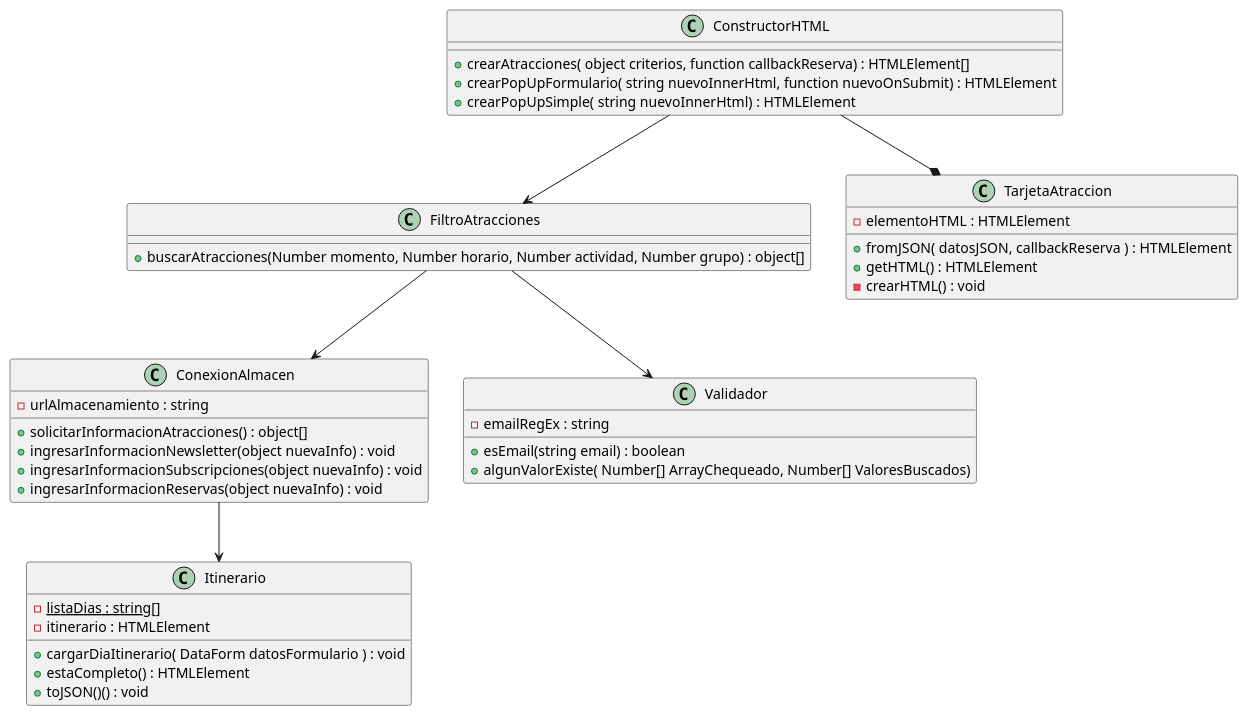
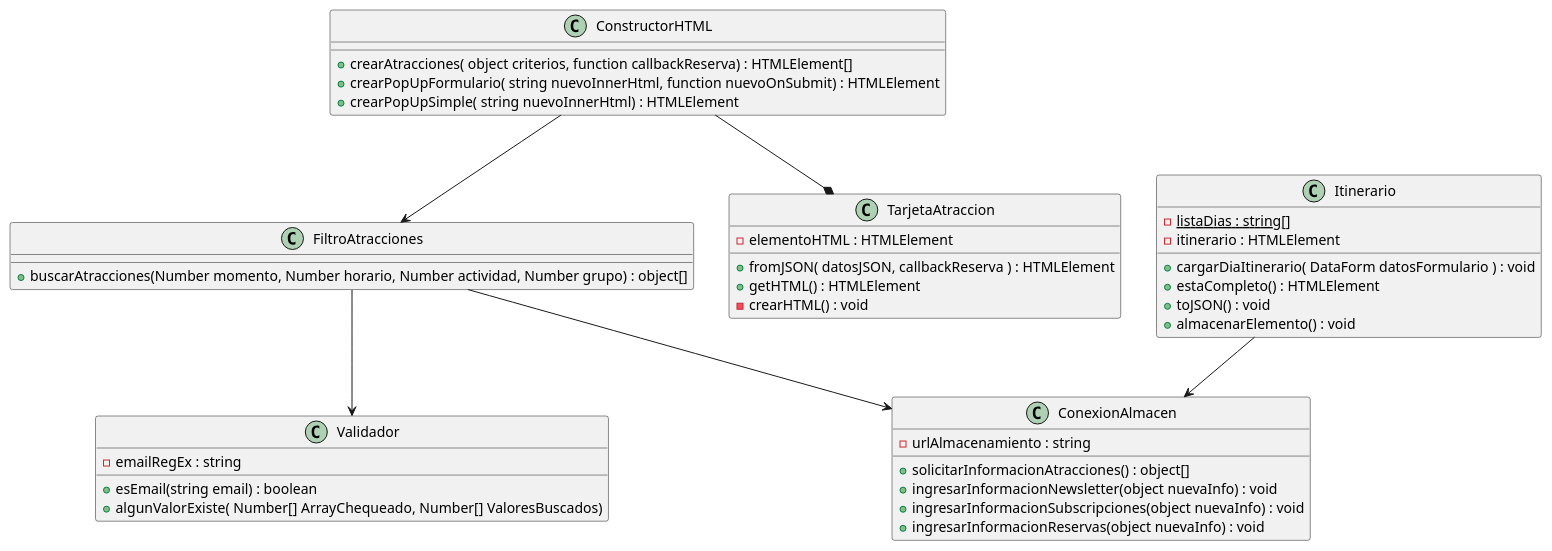
Before and after one commit to Thallys8/turismo-buenos-aires: the diagram in docs/04-diagramas/02-diagramas-de-clase/diagrama-clases.puml, drawn with PlantUML. The commit also changed 3 other files, not shown here.

Commit message:
nuevas correccion en el codigo y diagramas

```diff
--- a/docs/04-diagramas/02-diagramas-de-clase/diagrama-clases.puml
+++ b/docs/04-diagramas/02-diagramas-de-clase/diagrama-clases.puml
@@ -1,50 +1,51 @@
 @startuml
 class ConexionAlmacen {
     {field} -urlAlmacenamiento : string
 
     {method} +solicitarInformacionAtracciones() : object[]
     {method} +ingresarInformacionNewsletter(object nuevaInfo) : void
     {method} +ingresarInformacionSubscripciones(object nuevaInfo) : void
     {method} +ingresarInformacionReservas(object nuevaInfo) : void
 }
 
 
 class ConstructorHTML {
     {method} +crearAtracciones( object criterios, function callbackReserva) : HTMLElement[]
     {method} +crearPopUpFormulario( string nuevoInnerHtml, function nuevoOnSubmit) : HTMLElement
     {method} +crearPopUpSimple( string nuevoInnerHtml) : HTMLElement
 }
 
 class FiltroAtracciones {
     {method} +buscarAtracciones(Number momento, Number horario, Number actividad, Number grupo) : object[]
 }
 class Validador {
     {field} -emailRegEx : string   
 
     {method} +esEmail(string email) : boolean
     {method} +algunValorExiste( Number[] ArrayChequeado, Number[] ValoresBuscados)
 }
 
 class TarjetaAtraccion{
     {field} -elementoHTML : HTMLElement
 
     {method} +fromJSON( datosJSON, callbackReserva ) : HTMLElement
     {method} +getHTML() : HTMLElement
     {method} -crearHTML() : void
 }
 
 class Itinerario{
     {static} -listaDias : string[]
     {field} -itinerario : HTMLElement
 
     {method} +cargarDiaItinerario( DataForm datosFormulario ) : void
     {method} +estaCompleto() : HTMLElement
-    {method} +toJSON()() : void
+    {method} +toJSON() : void
+    {method} +almacenarElemento() : void
 }
 
 FiltroAtracciones --> Validador
 FiltroAtracciones --> ConexionAlmacen
 ConstructorHTML --> FiltroAtracciones
 ConstructorHTML --* TarjetaAtraccion
-ConexionAlmacen --> Itinerario
+Itinerario --> ConexionAlmacen
 @enduml
```
